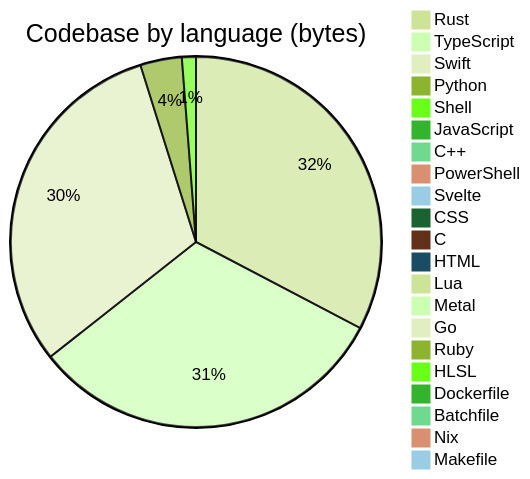
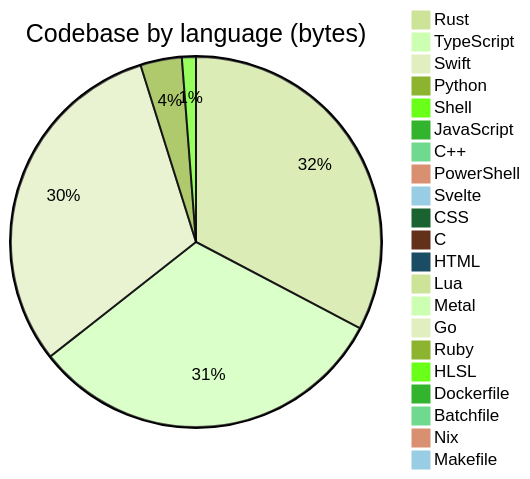
Before and after one commit to Open330/.github: the diagram in profile/README.md, drawn with Mermaid (forest theme). The commit also changed other lines of this file and 1 other file, not shown here.

````diff
--- a/profile/README.md
+++ b/profile/README.md
@@ -138,24 +138,24 @@
 ```mermaid
 pie title Codebase by language (bytes)
-    "Rust" : 37856008
-    "TypeScript" : 36715542
-    "Swift" : 35648949
-    "Python" : 4196075
-    "Shell" : 1415822
+    "Rust" : 38008582
+    "TypeScript" : 36812509
+    "Swift" : 35744423
+    "Python" : 4196883
+    "Shell" : 1419615
     "JavaScript" : 677910
     "C++" : 388775
     "PowerShell" : 333788
     "Svelte" : 275766
-    "CSS" : 255327
+    "CSS" : 256776
     "C" : 197825
-    "HTML" : 124667
+    "HTML" : 126877
     "Lua" : 48814
     "Metal" : 33192
     "Go" : 22811
     "Ruby" : 8989
     "HLSL" : 7527
     "Dockerfile" : 7454
     "Batchfile" : 5660
     "Nix" : 3168
     "Makefile" : 1692
 ```
````
